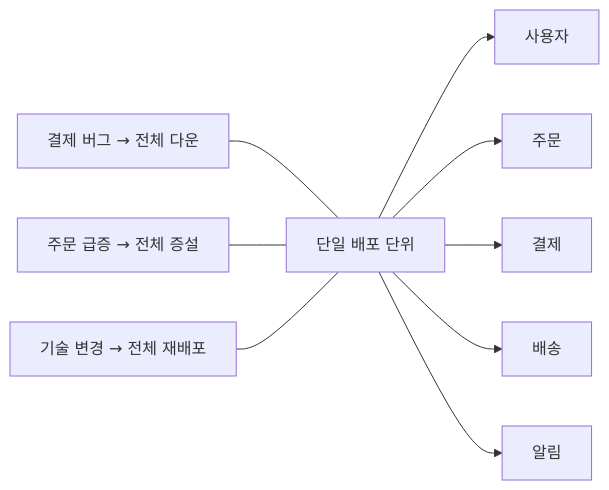
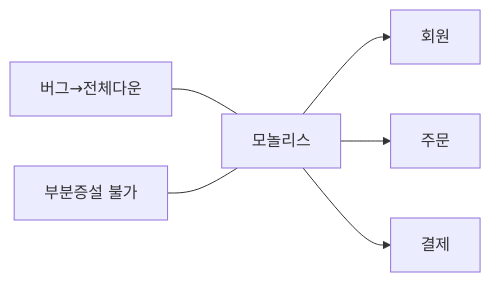
Before and after one commit to yjkim2015/yjkim2015.github.io: the first of 15 diagrams in _posts/architecture/2026-05-02-msa-deep.md, drawn with Mermaid. The commit also changed other lines of this file and 163 other files, not shown here.

First line of the commit message:
Mermaid 300개 블록 내용 축소: 5노드 5엣지 이하, 의미 있는 약어

````diff
--- a/_posts/architecture/2026-05-02-msa-deep.md
+++ b/_posts/architecture/2026-05-02-msa-deep.md
@@ -22,11 +22,8 @@
 ```mermaid
 graph LR
-    Mono["단일 배포 단위"] --> User["사용자"]
+    Mono["모놀리스"] --> User["회원"]
     Mono --> Order["주문"]
     Mono --> Payment["결제"]
-    Mono --> Delivery["배송"]
-    Mono --> Notify["알림"]
-    P1["결제 버그 → 전체 다운"] --- Mono
-    P2["주문 급증 → 전체 증설"] --- Mono
-    P3["기술 변경 → 전체 재배포"] --- Mono
+    P1["버그→전체다운"] --- Mono
+    P2["부분증설 불가"] --- Mono
 ```
````
